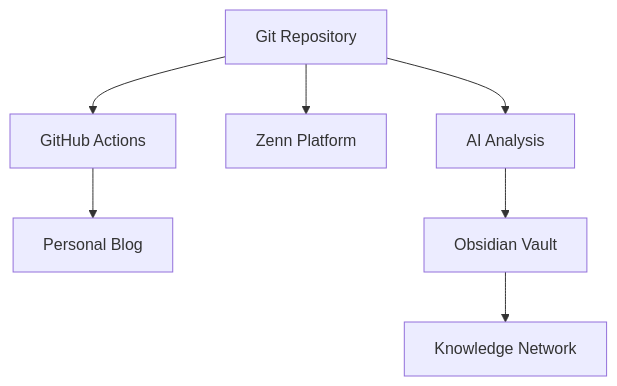
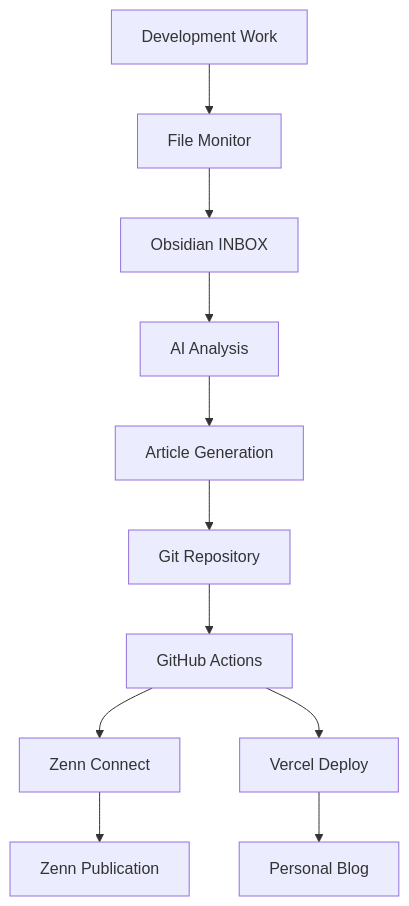
One commit to daideguchi/wisdom-blog changed the diagram in README.md. Above: the diagram before and after it, drawn with Mermaid. The commit also changed other lines of this file, not shown here.

````diff
--- a/README.md
+++ b/README.md
@@ -24,9 +152,13 @@
 ```mermaid
 graph TD
-    A[Git Repository] --> B[GitHub Actions]
-    A --> C[Zenn Platform] 
-    B --> D[Personal Blog]
-    A --> E[AI Analysis]
-    E --> F[Obsidian Vault]
-    F --> G[Knowledge Network]
+    A[Development Work] --> B[File Monitor]
+    B --> C[Obsidian INBOX]
+    C --> D[AI Analysis]
+    D --> E[Article Generation]
+    E --> F[Git Repository]
+    F --> G[GitHub Actions]
+    G --> H[Zenn Connect]
+    G --> I[Vercel Deploy]
+    H --> J[Zenn Publication]
+    I --> K[Personal Blog]
 ```
````
